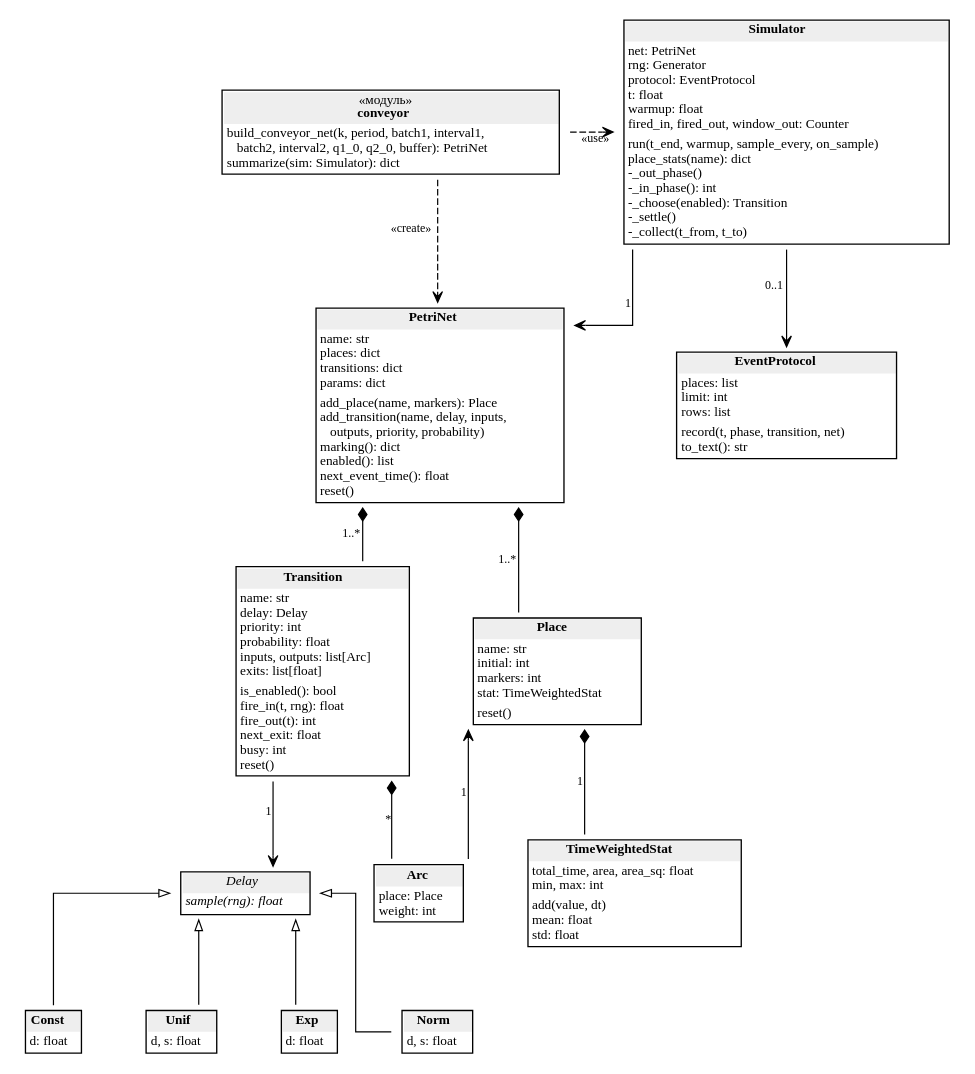
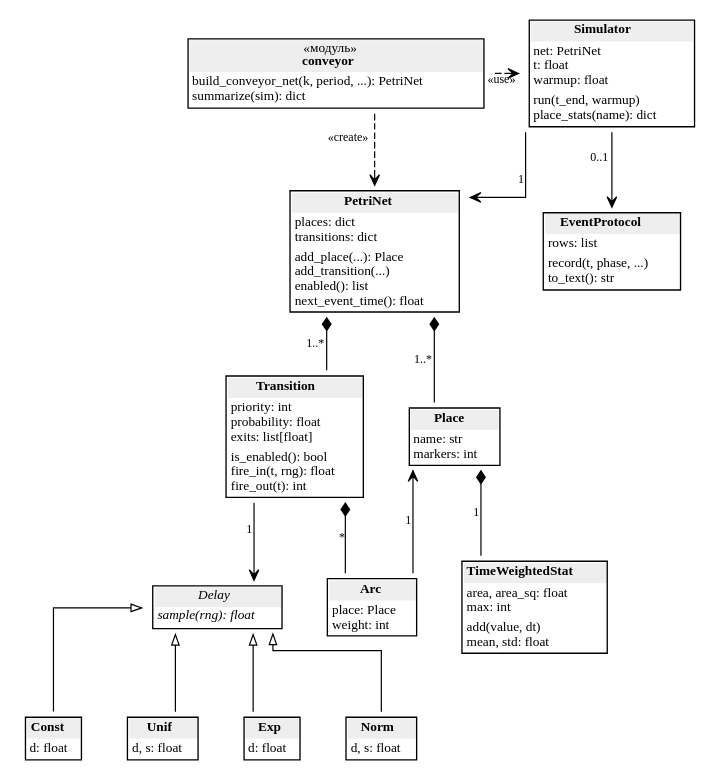
Before and after one commit to kqjqxb/Computer-simulation-course-work: the diagram in docs/diagrams/uml_classes.dot, drawn with Graphviz. The commit also changed 2 other files, not shown here.

Commit message:
Make the UML class diagram fit the page width

```diff
--- a/docs/diagrams/uml_classes.dot
+++ b/docs/diagrams/uml_classes.dot
@@ -1,108 +1,107 @@
 // UML class diagram of the simulation program (src/petri, src/model)
 digraph uml {
-    graph [rankdir=TB, fontname="Times-Roman", nodesep=0.45, ranksep=0.55, pad=0.05,
+    graph [rankdir=TB, fontname="Times-Roman", nodesep=0.25, ranksep=0.55, pad=0.05,
            splines=ortho];
     node  [shape=plaintext, fontname="Times-Roman", fontsize=10];
     edge  [fontname="Times-Roman", fontsize=9, arrowsize=0.8, penwidth=0.9];
 
     Simulator [label=<
 <TABLE BORDER="1" CELLBORDER="0" CELLSPACING="0" CELLPADDING="2">
 <TR><TD BGCOLOR="#EEEEEE"><B>Simulator</B></TD></TR>
-<TR><TD ALIGN="LEFT" BALIGN="LEFT">net: PetriNet<BR/>rng: Generator<BR/>protocol: EventProtocol<BR/>t: float<BR/>warmup: float<BR/>fired_in, fired_out, window_out: Counter</TD></TR>
-<TR><TD ALIGN="LEFT" BALIGN="LEFT">run(t_end, warmup, sample_every, on_sample)<BR/>place_stats(name): dict<BR/>-_out_phase()<BR/>-_in_phase(): int<BR/>-_choose(enabled): Transition<BR/>-_settle()<BR/>-_collect(t_from, t_to)</TD></TR>
+<TR><TD ALIGN="LEFT" BALIGN="LEFT">net: PetriNet<BR/>t: float<BR/>warmup: float</TD></TR>
+<TR><TD ALIGN="LEFT" BALIGN="LEFT">run(t_end, warmup)<BR/>place_stats(name): dict</TD></TR>
 </TABLE>>];
 
     PetriNet [label=<
 <TABLE BORDER="1" CELLBORDER="0" CELLSPACING="0" CELLPADDING="2">
 <TR><TD BGCOLOR="#EEEEEE"><B>PetriNet</B></TD></TR>
-<TR><TD ALIGN="LEFT" BALIGN="LEFT">name: str<BR/>places: dict<BR/>transitions: dict<BR/>params: dict</TD></TR>
-<TR><TD ALIGN="LEFT" BALIGN="LEFT">add_place(name, markers): Place<BR/>add_transition(name, delay, inputs,<BR/>    outputs, priority, probability)<BR/>marking(): dict<BR/>enabled(): list<BR/>next_event_time(): float<BR/>reset()</TD></TR>
+<TR><TD ALIGN="LEFT" BALIGN="LEFT">places: dict<BR/>transitions: dict</TD></TR>
+<TR><TD ALIGN="LEFT" BALIGN="LEFT">add_place(...): Place<BR/>add_transition(...)<BR/>enabled(): list<BR/>next_event_time(): float</TD></TR>
 </TABLE>>];
 
     Transition [label=<
 <TABLE BORDER="1" CELLBORDER="0" CELLSPACING="0" CELLPADDING="2">
 <TR><TD BGCOLOR="#EEEEEE"><B>Transition</B></TD></TR>
-<TR><TD ALIGN="LEFT" BALIGN="LEFT">name: str<BR/>delay: Delay<BR/>priority: int<BR/>probability: float<BR/>inputs, outputs: list[Arc]<BR/>exits: list[float]</TD></TR>
-<TR><TD ALIGN="LEFT" BALIGN="LEFT">is_enabled(): bool<BR/>fire_in(t, rng): float<BR/>fire_out(t): int<BR/>next_exit: float<BR/>busy: int<BR/>reset()</TD></TR>
+<TR><TD ALIGN="LEFT" BALIGN="LEFT">priority: int<BR/>probability: float<BR/>exits: list[float]</TD></TR>
+<TR><TD ALIGN="LEFT" BALIGN="LEFT">is_enabled(): bool<BR/>fire_in(t, rng): float<BR/>fire_out(t): int</TD></TR>
 </TABLE>>];
 
     Arc [label=<
 <TABLE BORDER="1" CELLBORDER="0" CELLSPACING="0" CELLPADDING="2">
 <TR><TD BGCOLOR="#EEEEEE"><B>Arc</B></TD></TR>
 <TR><TD ALIGN="LEFT" BALIGN="LEFT">place: Place<BR/>weight: int</TD></TR>
 </TABLE>>];
 
     Place [label=<
 <TABLE BORDER="1" CELLBORDER="0" CELLSPACING="0" CELLPADDING="2">
 <TR><TD BGCOLOR="#EEEEEE"><B>Place</B></TD></TR>
-<TR><TD ALIGN="LEFT" BALIGN="LEFT">name: str<BR/>initial: int<BR/>markers: int<BR/>stat: TimeWeightedStat</TD></TR>
-<TR><TD ALIGN="LEFT" BALIGN="LEFT">reset()</TD></TR>
+<TR><TD ALIGN="LEFT" BALIGN="LEFT">name: str<BR/>markers: int</TD></TR>
 </TABLE>>];
 
     TimeWeightedStat [label=<
 <TABLE BORDER="1" CELLBORDER="0" CELLSPACING="0" CELLPADDING="2">
 <TR><TD BGCOLOR="#EEEEEE"><B>TimeWeightedStat</B></TD></TR>
-<TR><TD ALIGN="LEFT" BALIGN="LEFT">total_time, area, area_sq: float<BR/>min, max: int</TD></TR>
-<TR><TD ALIGN="LEFT" BALIGN="LEFT">add(value, dt)<BR/>mean: float<BR/>std: float</TD></TR>
+<TR><TD ALIGN="LEFT" BALIGN="LEFT">area, area_sq: float<BR/>max: int</TD></TR>
+<TR><TD ALIGN="LEFT" BALIGN="LEFT">add(value, dt)<BR/>mean, std: float</TD></TR>
 </TABLE>>];
 
     EventProtocol [label=<
 <TABLE BORDER="1" CELLBORDER="0" CELLSPACING="0" CELLPADDING="2">
 <TR><TD BGCOLOR="#EEEEEE"><B>EventProtocol</B></TD></TR>
-<TR><TD ALIGN="LEFT" BALIGN="LEFT">places: list<BR/>limit: int<BR/>rows: list</TD></TR>
-<TR><TD ALIGN="LEFT" BALIGN="LEFT">record(t, phase, transition, net)<BR/>to_text(): str</TD></TR>
+<TR><TD ALIGN="LEFT" BALIGN="LEFT">rows: list</TD></TR>
+<TR><TD ALIGN="LEFT" BALIGN="LEFT">record(t, phase, ...)<BR/>to_text(): str</TD></TR>
 </TABLE>>];
 
     Delay [label=<
 <TABLE BORDER="1" CELLBORDER="0" CELLSPACING="0" CELLPADDING="2">
 <TR><TD BGCOLOR="#EEEEEE"><I>Delay</I></TD></TR>
 <TR><TD ALIGN="LEFT" BALIGN="LEFT"><I>sample(rng): float</I></TD></TR>
 </TABLE>>];
 
     Const [label=<
 <TABLE BORDER="1" CELLBORDER="0" CELLSPACING="0" CELLPADDING="2">
 <TR><TD BGCOLOR="#EEEEEE"><B>Const</B></TD></TR>
 <TR><TD ALIGN="LEFT">d: float</TD></TR></TABLE>>];
     Unif [label=<
 <TABLE BORDER="1" CELLBORDER="0" CELLSPACING="0" CELLPADDING="2">
 <TR><TD BGCOLOR="#EEEEEE"><B>Unif</B></TD></TR>
 <TR><TD ALIGN="LEFT">d, s: float</TD></TR></TABLE>>];
     Exp [label=<
 <TABLE BORDER="1" CELLBORDER="0" CELLSPACING="0" CELLPADDING="2">
 <TR><TD BGCOLOR="#EEEEEE"><B>Exp</B></TD></TR>
 <TR><TD ALIGN="LEFT">d: float</TD></TR></TABLE>>];
     Norm [label=<
 <TABLE BORDER="1" CELLBORDER="0" CELLSPACING="0" CELLPADDING="2">
 <TR><TD BGCOLOR="#EEEEEE"><B>Norm</B></TD></TR>
 <TR><TD ALIGN="LEFT">d, s: float</TD></TR></TABLE>>];
 
     conveyor [label=<
 <TABLE BORDER="1" CELLBORDER="0" CELLSPACING="0" CELLPADDING="2">
 <TR><TD BGCOLOR="#EEEEEE">«модуль»<BR/><B>conveyor</B></TD></TR>
-<TR><TD ALIGN="LEFT" BALIGN="LEFT">build_conveyor_net(k, period, batch1, interval1,<BR/>    batch2, interval2, q1_0, q2_0, buffer): PetriNet<BR/>summarize(sim: Simulator): dict</TD></TR>
+<TR><TD ALIGN="LEFT" BALIGN="LEFT">build_conveyor_net(k, period, ...): PetriNet<BR/>summarize(sim): dict</TD></TR>
 </TABLE>>];
 
     // associations / compositions (edges point down the ranks; dir=back keeps UML ends)
     Simulator -> PetriNet [arrowhead=vee, xlabel="1"];
     Simulator -> EventProtocol [arrowhead=vee, xlabel="0..1"];
     PetriNet -> Place [dir=back, arrowtail=diamond, xlabel="1..*"];
     PetriNet -> Transition [dir=back, arrowtail=diamond, xlabel="1..*"];
     Transition -> Arc [dir=back, arrowtail=diamond, xlabel="*"];
     Place -> Arc [dir=back, arrowtail=vee, xlabel="1"];
     Transition -> Delay [arrowhead=vee, xlabel="1"];
     Place -> TimeWeightedStat [dir=back, arrowtail=diamond, xlabel="1"];
     // inheritance
     Delay -> Const [dir=back, arrowtail=onormal];
     Delay -> Unif [dir=back, arrowtail=onormal];
     Delay -> Exp [dir=back, arrowtail=onormal];
     Delay -> Norm [dir=back, arrowtail=onormal];
     // dependency
     conveyor -> PetriNet [style=dashed, arrowhead=vee, xlabel="«create»"];
     conveyor -> Simulator [style=dashed, arrowhead=vee, xlabel="«use»"];
 
     {rank=same; conveyor; Simulator}
     {rank=same; PetriNet; EventProtocol}
     {rank=same; Place; Transition}
     {rank=same; TimeWeightedStat; Arc; Delay}
     {rank=same; Const; Unif; Exp; Norm}
 }
```
